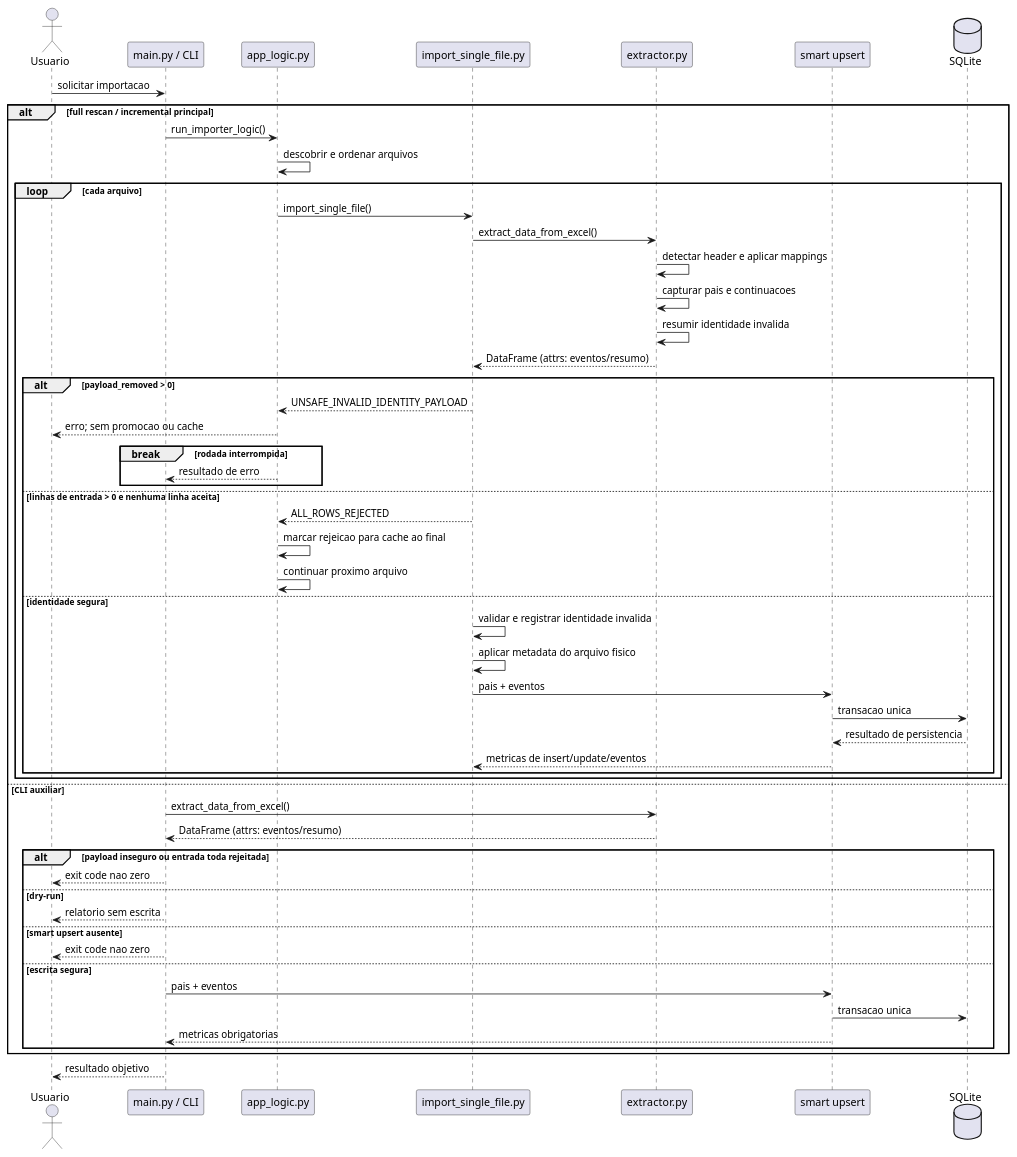
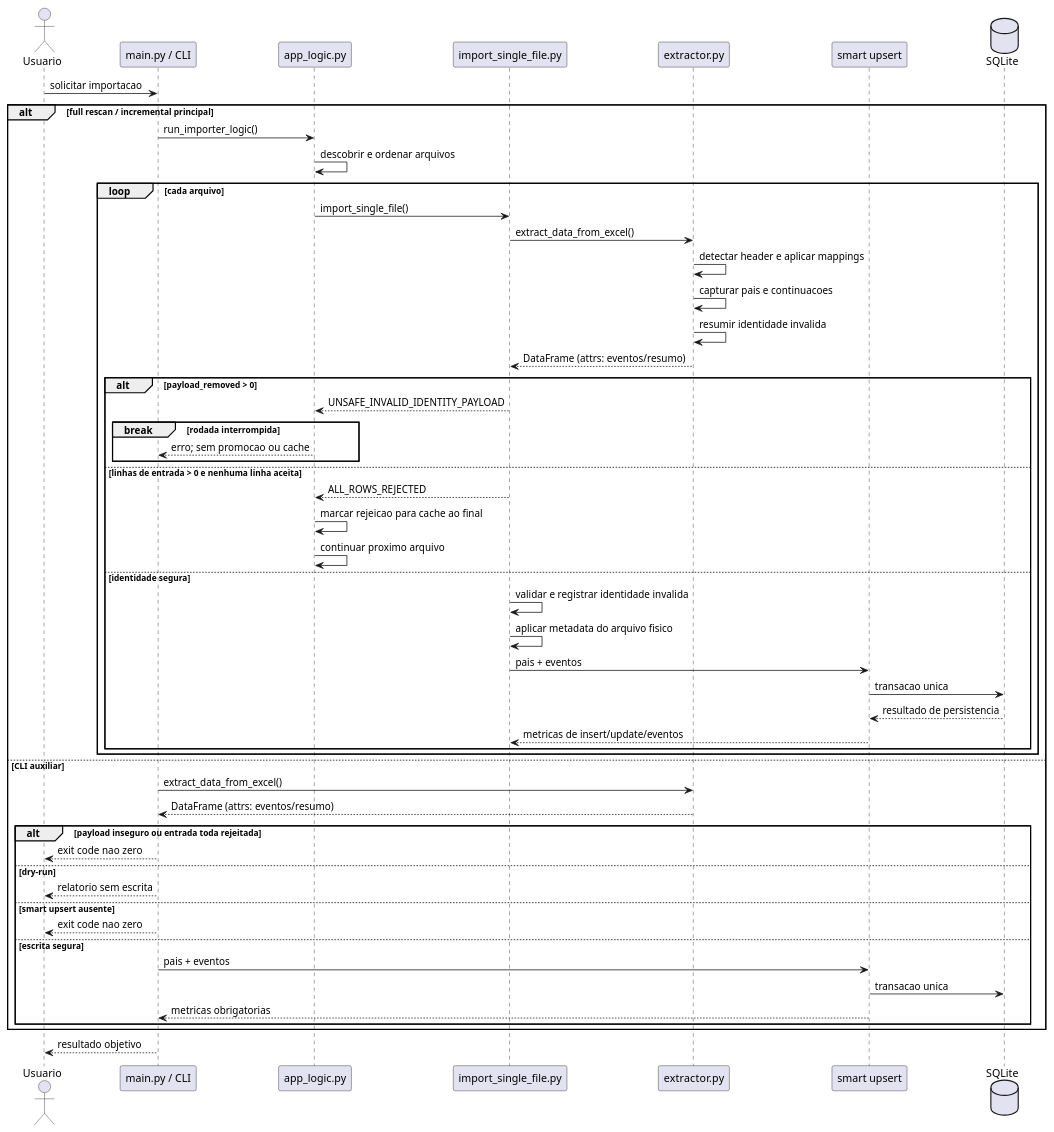
The diagram in docs/diagrams/fluxo_sequencia_importacao.puml (mauriciomenon/SSA_Consulta_Rapida), drawn with PlantUML before and after one commit. The commit also changed 1 other file, not shown here.

Commit message:
DOC_SYNC: align import diagram response flow

```diff
--- a/docs/diagrams/fluxo_sequencia_importacao.puml
+++ b/docs/diagrams/fluxo_sequencia_importacao.puml
@@ -1,60 +1,59 @@
 @startuml Fluxo_Importacao_Sequencia
 
 actor Usuario
 participant "main.py / CLI" as ENTRY
 participant "app_logic.py" as APP
 participant "import_single_file.py" as IMPORT
 participant "extractor.py" as EXTRACT
 participant "smart upsert" as UPSERT
 database "SQLite" as DB
 
 Usuario -> ENTRY : solicitar importacao
 
 alt full rescan / incremental principal
     ENTRY -> APP : run_importer_logic()
     APP -> APP : descobrir e ordenar arquivos
     loop cada arquivo
         APP -> IMPORT : import_single_file()
         IMPORT -> EXTRACT : extract_data_from_excel()
         EXTRACT -> EXTRACT : detectar header e aplicar mappings
         EXTRACT -> EXTRACT : capturar pais e continuacoes
         EXTRACT -> EXTRACT : resumir identidade invalida
         EXTRACT --> IMPORT : DataFrame (attrs: eventos/resumo)
         alt payload_removed > 0
             IMPORT --> APP : UNSAFE_INVALID_IDENTITY_PAYLOAD
-            APP --> Usuario : erro; sem promocao ou cache
             break rodada interrompida
-                APP --> ENTRY : resultado de erro
+                APP --> ENTRY : erro; sem promocao ou cache
             end
         else linhas de entrada > 0 e nenhuma linha aceita
             IMPORT --> APP : ALL_ROWS_REJECTED
             APP -> APP : marcar rejeicao para cache ao final
             APP -> APP : continuar proximo arquivo
         else identidade segura
             IMPORT -> IMPORT : validar e registrar identidade invalida
             IMPORT -> IMPORT : aplicar metadata do arquivo fisico
             IMPORT -> UPSERT : pais + eventos
             UPSERT -> DB : transacao unica
             DB --> UPSERT : resultado de persistencia
             UPSERT --> IMPORT : metricas de insert/update/eventos
         end
     end
 else CLI auxiliar
     ENTRY -> EXTRACT : extract_data_from_excel()
     EXTRACT --> ENTRY : DataFrame (attrs: eventos/resumo)
     alt payload inseguro ou entrada toda rejeitada
         ENTRY --> Usuario : exit code nao zero
     else dry-run
         ENTRY --> Usuario : relatorio sem escrita
     else smart upsert ausente
         ENTRY --> Usuario : exit code nao zero
     else escrita segura
         ENTRY -> UPSERT : pais + eventos
         UPSERT -> DB : transacao unica
         UPSERT --> ENTRY : metricas obrigatorias
     end
 end
 
 ENTRY --> Usuario : resultado objetivo
 
 @enduml
```
